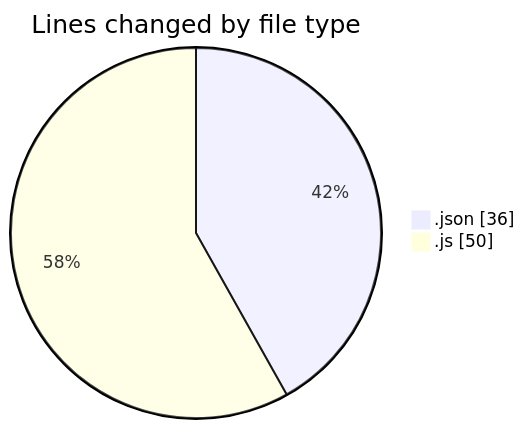
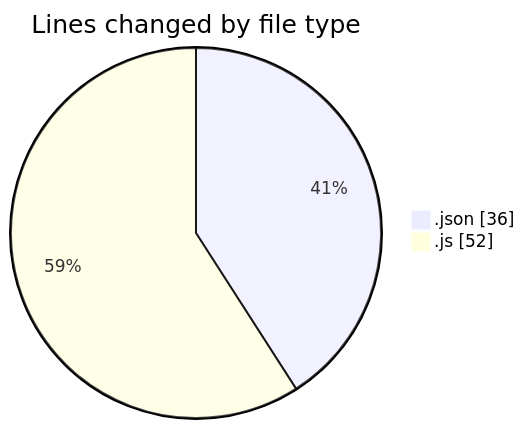
The first of 2 diagrams in 2025-04-01/product-detail-page/README.md (Elitesun/code-tracking), drawn with Mermaid before and after one commit. The commit also changed other lines of this file and 1 other file, not shown here.

````diff
--- a/2025-04-01/product-detail-page/README.md
+++ b/2025-04-01/product-detail-page/README.md
@@ -21,6 +21,6 @@
 ```mermaid
 pie showData
 title Lines changed by file type
 ".json" : 36
-".js" : 50
+".js" : 52
 ```
````
